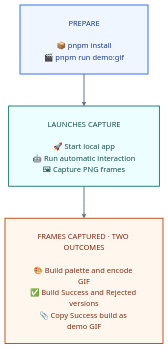
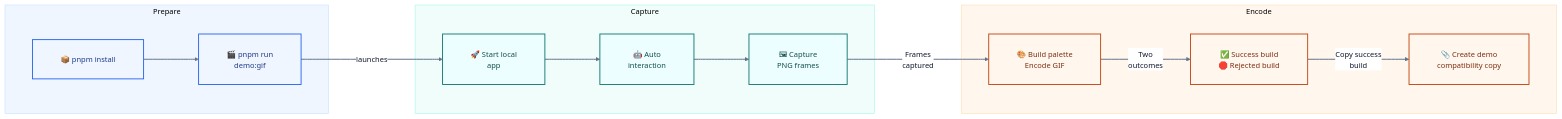
Before and after one commit to sunshineluyao/Moss-Mcp-Transaction: the second of 8 diagrams in README.md, drawn with Mermaid. The commit also changed other lines of this file, not shown here.

First line of the commit message:
Revert "Merge pull request #7 from sunshineluyao/codex/fix-text-visibility-in-mermaid-diagrams"

````diff
--- a/README.md
+++ b/README.md
@@ -184,17 +194,33 @@
 ```mermaid
-%%{init: {'theme':'base','flowchart': {'htmlLabels': true, 'nodeSpacing': 48, 'rankSpacing': 64, 'curve': 'linear', 'padding': 24, 'diagramPadding': 16, 'wrappingWidth': 220},'themeVariables': {'fontFamily':'Inter, Segoe UI, sans-serif','fontSize':'15px','primaryTextColor':'#0f172a','lineColor':'#64748b','clusterBkg':'#f8fafc','clusterBorder':'#cbd5e1','edgeLabelBackground':'#ffffff','primaryBorderColor':'#2563eb','primaryColor':'#eff6ff'}}}%%
-flowchart TB
-  Prepare["PREPARE<br/><br/>📦 pnpm install<br/>🎬 pnpm run demo:gif"]
-  Capture["LAUNCHES CAPTURE<br/><br/>🚀 Start local app<br/>🤖 Run automatic interaction<br/>🖼 Capture PNG frames"]
-  Encode["FRAMES CAPTURED · TWO OUTCOMES<br/><br/>🎨 Build palette and encode GIF<br/>✅ Build Success and Rejected versions<br/>📎 Copy Success build as demo GIF"]
+%%{init: {'theme':'base','flowchart': {'htmlLabels': true, 'nodeSpacing': 96, 'rankSpacing': 110, 'curve': 'basis', 'padding': 28, 'diagramPadding': 24, 'wrappingWidth': 260},'themeVariables': {'fontFamily':'Inter, Segoe UI, sans-serif','fontSize':'15px','primaryTextColor':'#0f172a','lineColor':'#64748b','clusterBkg':'#f8fafc','clusterBorder':'#cbd5e1','edgeLabelBackground':'#ffffff','primaryBorderColor':'#2563eb','primaryColor':'#eff6ff'}}}%%
+flowchart LR
+  subgraph P1[Prepare]
+    A["📦 pnpm install"] --> B["🎬 pnpm run<br/>demo:gif"]
+  end
 
-  Prepare --> Capture --> Encode
+  subgraph P2[Capture]
+    C["🚀 Start local<br/>app"] --> D["🤖 Auto<br/>interaction"]
+    D --> E["🖼 Capture<br/>PNG frames"]
+  end
+
+  subgraph P3[Encode]
+    F["🎨 Build palette<br/>Encode GIF"]
+    G["✅ Success build<br/>🛑 Rejected build"]
+    H["📎 Create demo<br/>compatibility copy"]
+  end
+
+  B -->|launches| C
+  E -->|Frames<br/>captured| F -->|Two<br/>outcomes| G -->|Copy success<br/>build| H
 
   classDef prep fill:#eff6ff,stroke:#2563eb,stroke-width:1.8px,color:#1e3a8a;
   classDef capture fill:#ecfeff,stroke:#0f766e,stroke-width:1.8px,color:#134e4a;
   classDef encode fill:#fff7ed,stroke:#c2410c,stroke-width:1.8px,color:#7c2d12;
-  class Prepare prep;
-  class Capture capture;
-  class Encode encode;
+
+  class A,B prep;
+  class C,D,E capture;
+  class F,G,H encode;
+  style P1 fill:#eff6ff,stroke:#bfdbfe,stroke-width:1px
+  style P2 fill:#f0fdfa,stroke:#99f6e4,stroke-width:1px
+  style P3 fill:#fff7ed,stroke:#fed7aa,stroke-width:1px
   linkStyle default stroke:#64748b,stroke-width:2px;
 ```
````
